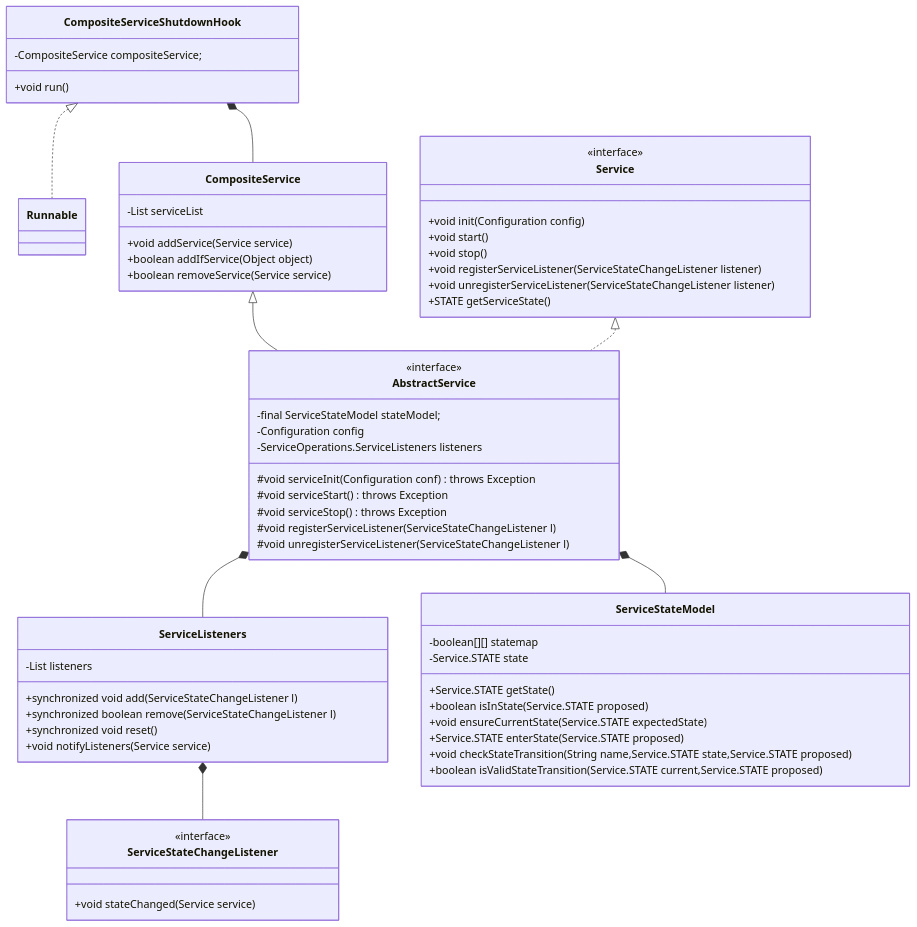
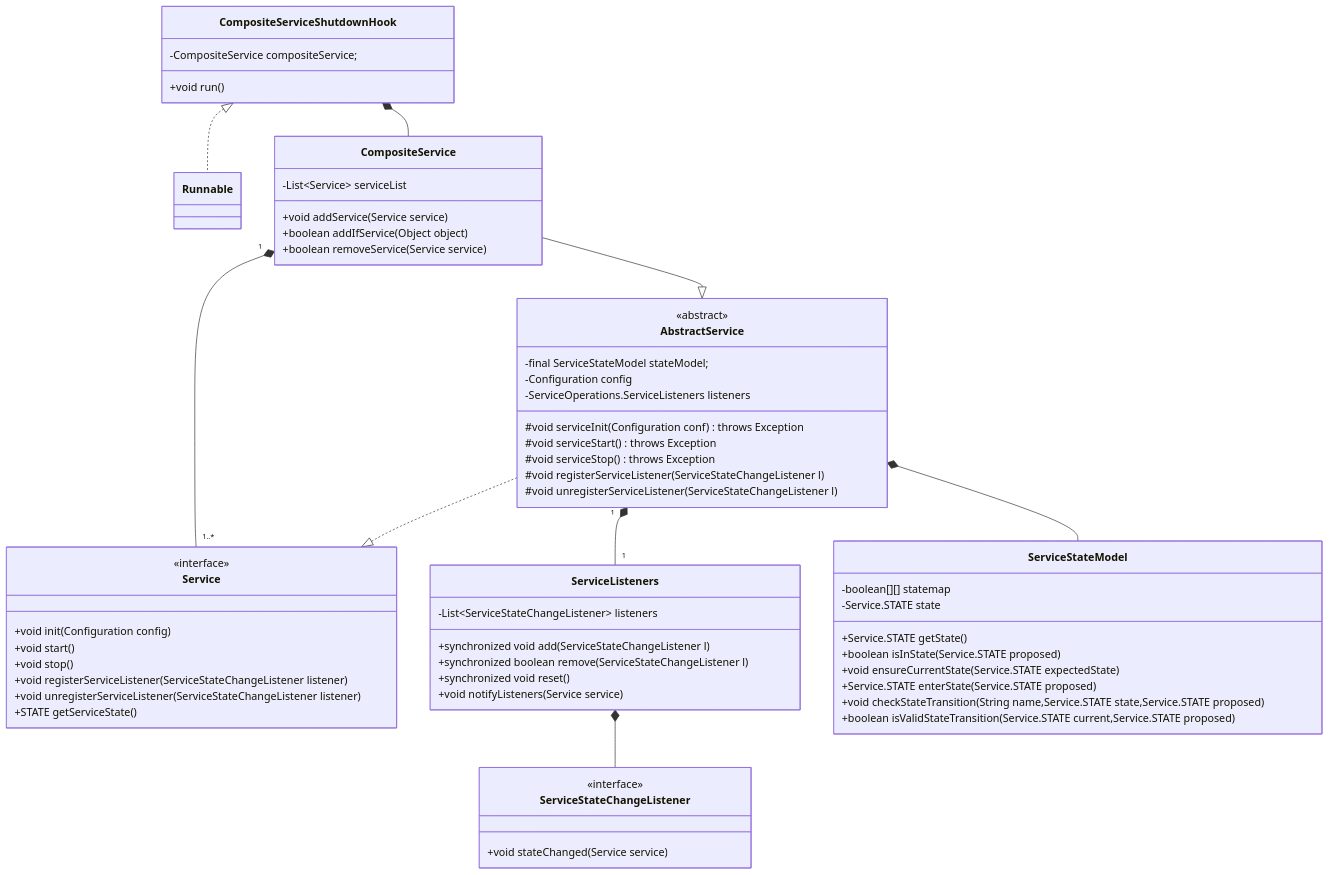
Before and after one commit to DepInjoy/geektime: the first of 5 diagrams in doc/Hadoop/Yarn/Yarn-Common.md, drawn with Mermaid. The commit also changed other lines of this file and 1 other file, not shown here.

````diff
--- a/doc/Hadoop/Yarn/Yarn-Common.md
+++ b/doc/Hadoop/Yarn/Yarn-Common.md
@@ -28,66 +14,71 @@
 ```mermaid
 classDiagram
 CompositeServiceShutdownHook <|.. Runnable
 CompositeServiceShutdownHook *-- CompositeService
-CompositeService <|-- AbstractService
-Service <|.. AbstractService
-AbstractService *-- ServiceListeners
+CompositeService "1" *-- "1..*" Service
+CompositeService --|> AbstractService
+AbstractService ..|> Service
+AbstractService "1" *-- "1" ServiceListeners
+AbstractService *-- ServiceStateModel 
 ServiceListeners *-- ServiceStateChangeListener
-AbstractService *-- ServiceStateModel 
 
+%%JVM Shutdown hook for CompositeService which will stop the give
+%%CompositeService gracefully in case of JVM shutdown.
 class CompositeServiceShutdownHook {
     -CompositeService compositeService;
     +void run()
 }
+
 class CompositeService {
-    -List<Service> serviceList
+    -List~Service~ serviceList
     +void addService(Service service)
     +boolean addIfService(Object object)
     +boolean removeService(Service service)
 }
 
 class Service {
     <<interface>>
     +void init(Configuration config)
     +void start()
     +void stop()
     +void registerServiceListener(ServiceStateChangeListener listener)
     +void unregisterServiceListener(ServiceStateChangeListener listener)
     +STATE getServiceState()
 }
 
 class AbstractService {
-    <<interface>>
+    <<abstract>>
     -final ServiceStateModel stateModel;
     -Configuration config
     -ServiceOperations.ServiceListeners listeners
     #void serviceInit(Configuration conf) throws Exception
     #void serviceStart() throws Exception 
     #void serviceStop() throws Exception
     #void registerServiceListener(ServiceStateChangeListener l)
     #void unregisterServiceListener(ServiceStateChangeListener l)
 }
 
 class ServiceListeners {
-    -List<ServiceStateChangeListener> listeners
+    -List~ServiceStateChangeListener~ listeners
     +synchronized void add(ServiceStateChangeListener l)
     +synchronized boolean remove(ServiceStateChangeListener l)
     +synchronized void reset()
     +void notifyListeners(Service service)
 }
 
 class ServiceStateChangeListener {
     <<interface>>
     +void stateChanged(Service service)
 }
+
 class ServiceStateModel {
     -boolean[][] statemap
     -Service.STATE state
     +Service.STATE getState()
     +boolean isInState(Service.STATE proposed)
     +void ensureCurrentState(Service.STATE expectedState)
     +Service.STATE enterState(Service.STATE proposed)
     +void checkStateTransition(String name,Service.STATE state,Service.STATE proposed)
     +boolean isValidStateTransition(Service.STATE current,Service.STATE proposed)
 }
 ```
````
